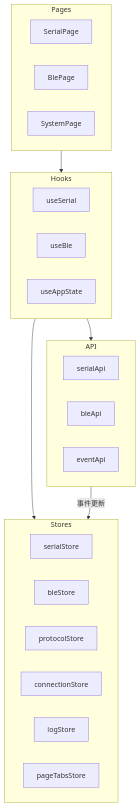
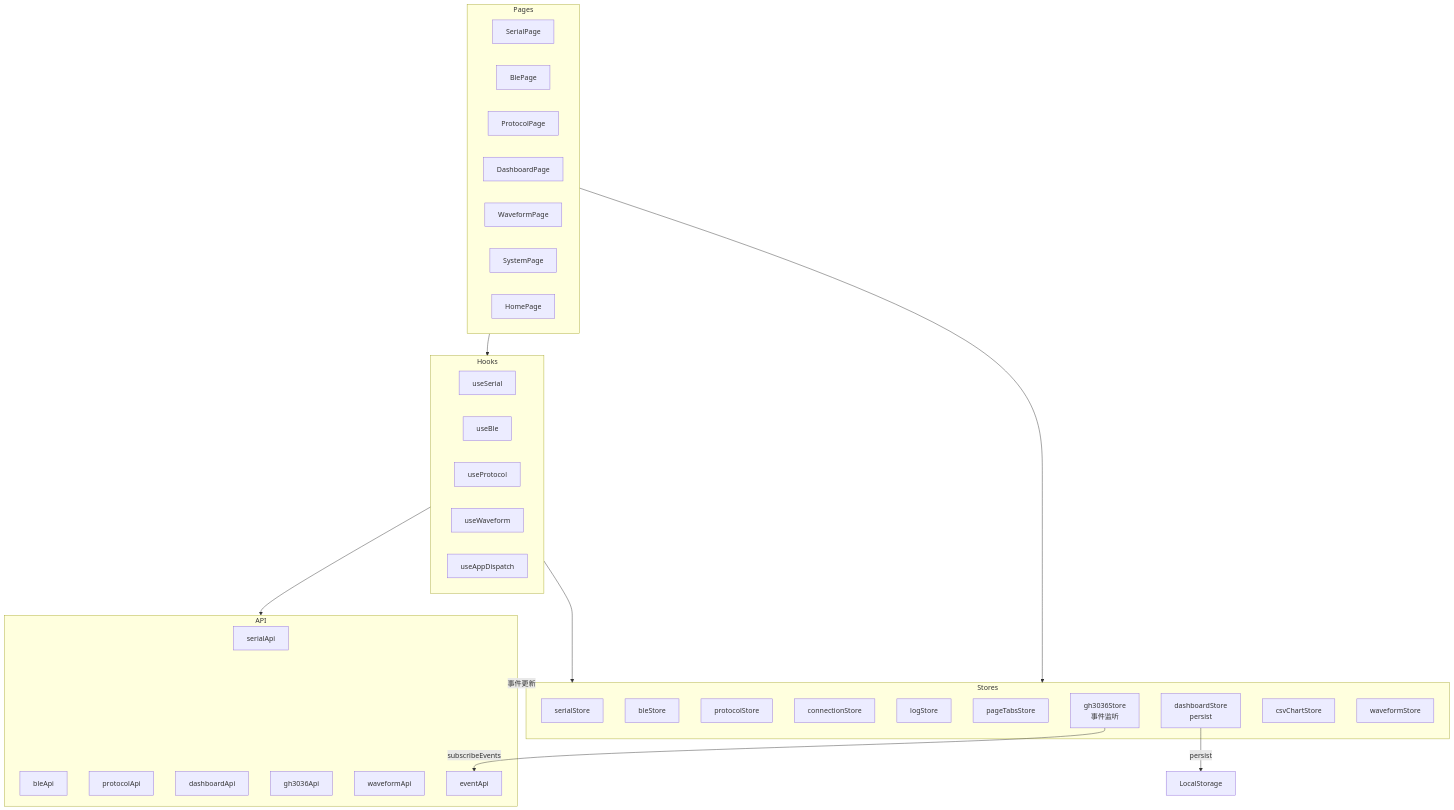
The first of 2 diagrams in docs/architecture/frontend/store-layer.md (XiaoPb/combridge), drawn with Mermaid before and after one commit. The commit also changed other lines of this file and 10 other files, not shown here.

First line of the commit message:
docs: 重写前端架构文档，补充 Dashboard/GH3036/Waveform/Home 等模块

````diff
--- a/docs/architecture/frontend/store-layer.md
+++ b/docs/architecture/frontend/store-layer.md
@@ -165,34 +452,51 @@
 ```mermaid
 graph TB
     subgraph Stores
         SerialStore[serialStore]
         BleStore[bleStore]
         ProtocolStore[protocolStore]
         ConnectionStore[connectionStore]
         LogStore[logStore]
         PageTabsStore[pageTabsStore]
+        DashboardStore[dashboardStore<br/>persist]
+        Gh3036Store[gh3036Store<br/>事件监听]
+        CsvChartStore[csvChartStore]
+        WaveformStore[waveformStore]
     end
-    
+
     subgraph Hooks
         useSerial
         useBle
-        useAppState
+        useProtocol
+        useWaveform
+        useAppDispatch
     end
-    
+
     subgraph API
         serialApi
         bleApi
+        protocolApi
+        dashboardApi
+        gh3036Api
+        waveformApi
         eventApi
     end
-    
+
     subgraph Pages
         SerialPage
         BlePage
+        ProtocolPage
+        DashboardPage
+        WaveformPage
         SystemPage
+        HomePage
     end
-    
+
     Hooks --> Stores
     Hooks --> API
     Pages --> Hooks
+    Pages --> Stores
     API -->|事件更新| Stores
+    Gh3036Store -->|subscribeEvents| eventApi
+    DashboardStore -->|persist| LocalStorage
 ```
````
